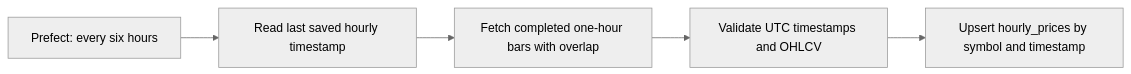
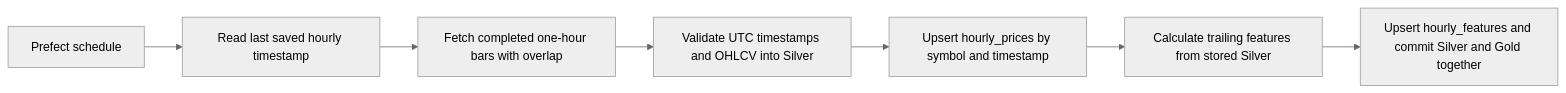
The third of 3 diagrams in docs/ARCHITECTURE.md (soloshun/market-data-ml-pipeline), drawn with Mermaid (neutral theme) before and after one commit. The commit also changed other lines of this file and 12 other files, not shown here.

Commit message:
feat(ingestion): release hourly Silver and Gold

````diff
--- a/docs/ARCHITECTURE.md
+++ b/docs/ARCHITECTURE.md
@@ -76,7 +76,9 @@
 ```mermaid
 flowchart LR
-    A["Prefect: every six hours"] --> B["Read last saved hourly timestamp"]
+    A["Prefect schedule"] --> B["Read last saved hourly timestamp"]
     B --> C["Fetch completed one-hour bars with overlap"]
-    C --> D["Validate UTC timestamps and OHLCV"]
+    C --> D["Validate UTC timestamps and OHLCV into Silver"]
     D --> E["Upsert hourly_prices by symbol and timestamp"]
+    E --> F["Calculate trailing features from stored Silver"]
+    F --> G["Upsert hourly_features and commit Silver and Gold together"]
 ```
````
